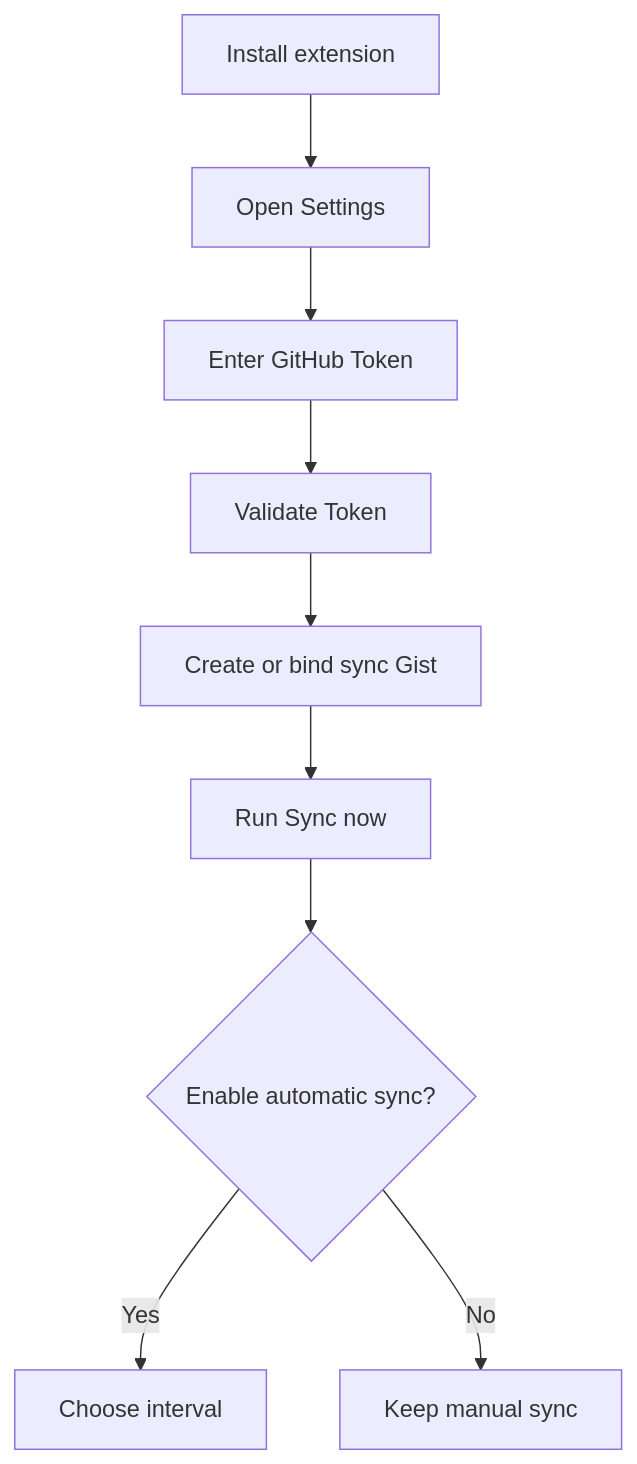
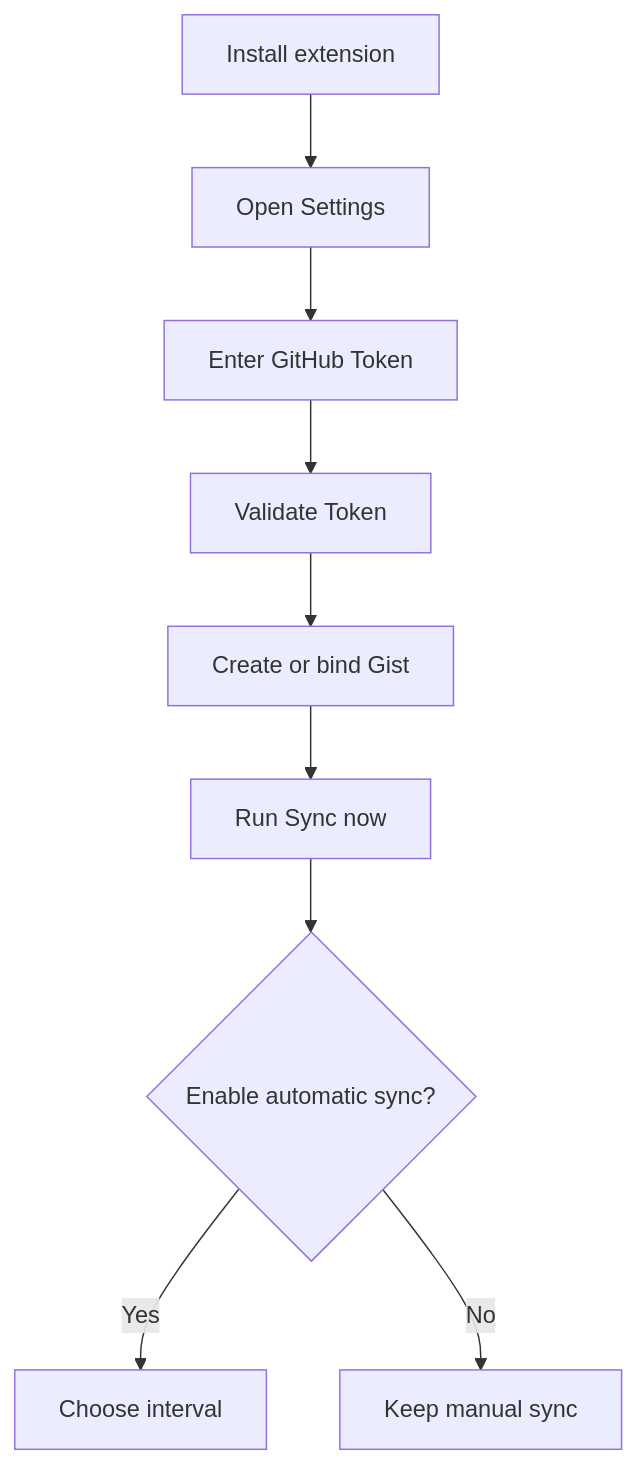
The diagram in README.md (CYoJkoY/ChromiumCloudSync), drawn with Mermaid before and after one commit. The commit also changed other lines of this file, not shown here.

````diff
--- a/README.md
+++ b/README.md
@@ -242,11 +217,11 @@
 ```mermaid
 flowchart TD
-    I[Install extension] --> S[Open Settings]
-    S --> T[Enter GitHub Token]
-    T --> V[Validate Token]
-    V --> G[Create or bind sync Gist]
-    G --> N[Run Sync now]
-    N --> A{Enable automatic sync?}
-    A -->|Yes| E[Choose interval]
-    A -->|No| D[Keep manual sync]
+    A[Install extension] --> B[Open Settings]
+    B --> C[Enter GitHub Token]
+    C --> D[Validate Token]
+    D --> E[Create or bind Gist]
+    E --> F[Run Sync now]
+    F --> G{Enable automatic sync?}
+    G -->|Yes| H[Choose interval]
+    G -->|No| I[Keep manual sync]
 ```
````
